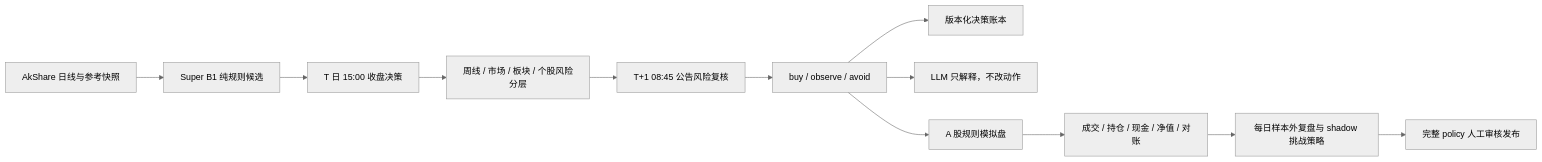
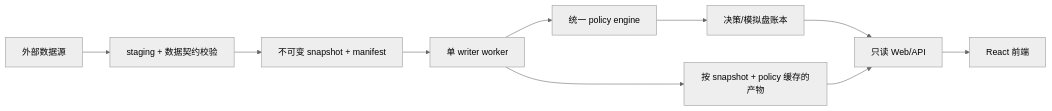
The diagram in README.md (garyzheng0714-lang/a-share-quant-selector), drawn with Mermaid (neutral theme) before and after one commit. The commit also changed other lines of this file and 175 other files, not shown here.

````diff
--- a/README.md
+++ b/README.md
@@ -16,14 +33,12 @@
 ```mermaid
 flowchart LR
-    A["AkShare 日线与参考快照"] --> B["Super B1 纯规则候选"]
-    B --> C["T 日 15:00 收盘决策"]
-    C --> D["周线 / 市场 / 板块 / 个股风险分层"]
-    D --> E["T+1 08:45 公告风险复核"]
-    E --> F["buy / observe / avoid"]
-    F --> G["版本化决策账本"]
-    F --> H["LLM 只解释，不改动作"]
-    F --> I["A 股规则模拟盘"]
-    I --> J["成交 / 持仓 / 现金 / 净值 / 对账"]
-    J --> K["每日样本外复盘与 shadow 挑战策略"]
-    K --> L["完整 policy 人工审核发布"]
+    S["外部数据源"] --> I["staging + 数据契约校验"]
+    I --> M["不可变 snapshot + manifest"]
+    M --> W["单 writer worker"]
+    W --> D["统一 policy engine"]
+    D --> L["决策/模拟盘账本"]
+    W --> C["按 snapshot + policy 缓存的产物"]
+    L --> A["只读 Web/API"]
+    C --> A
+    A --> F["React 前端"]
 ```
````
